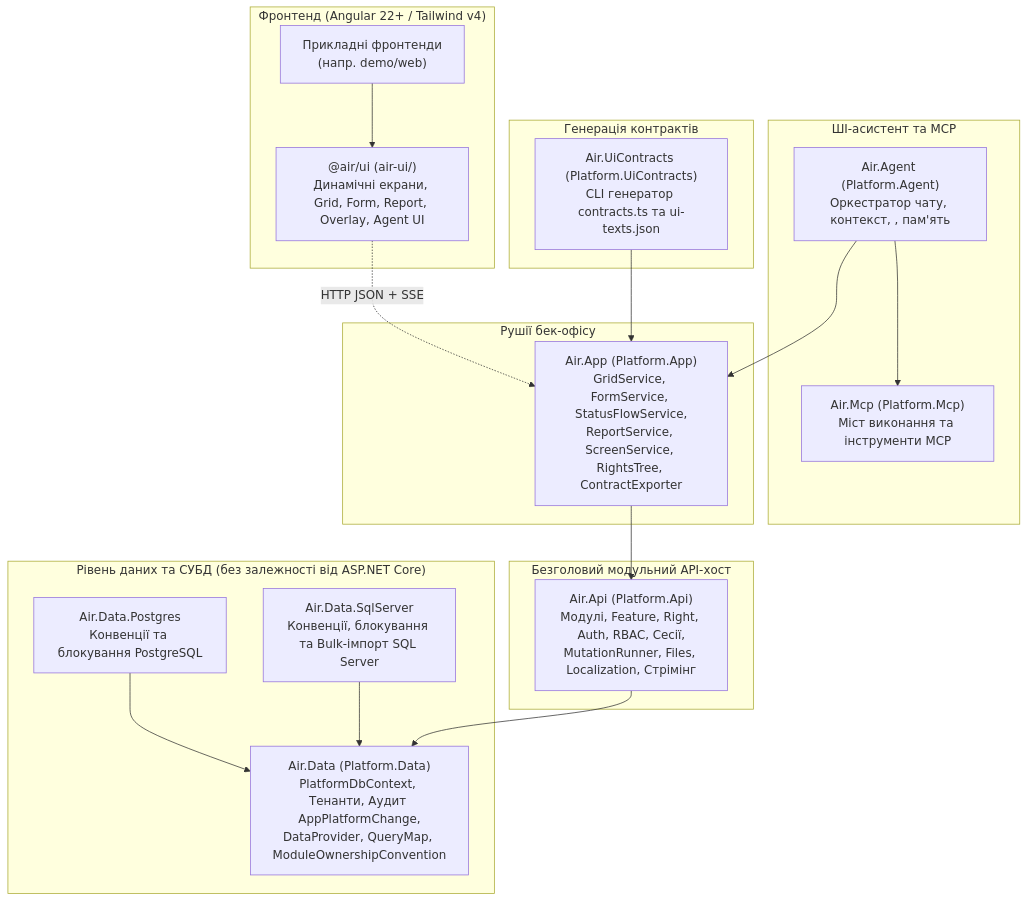
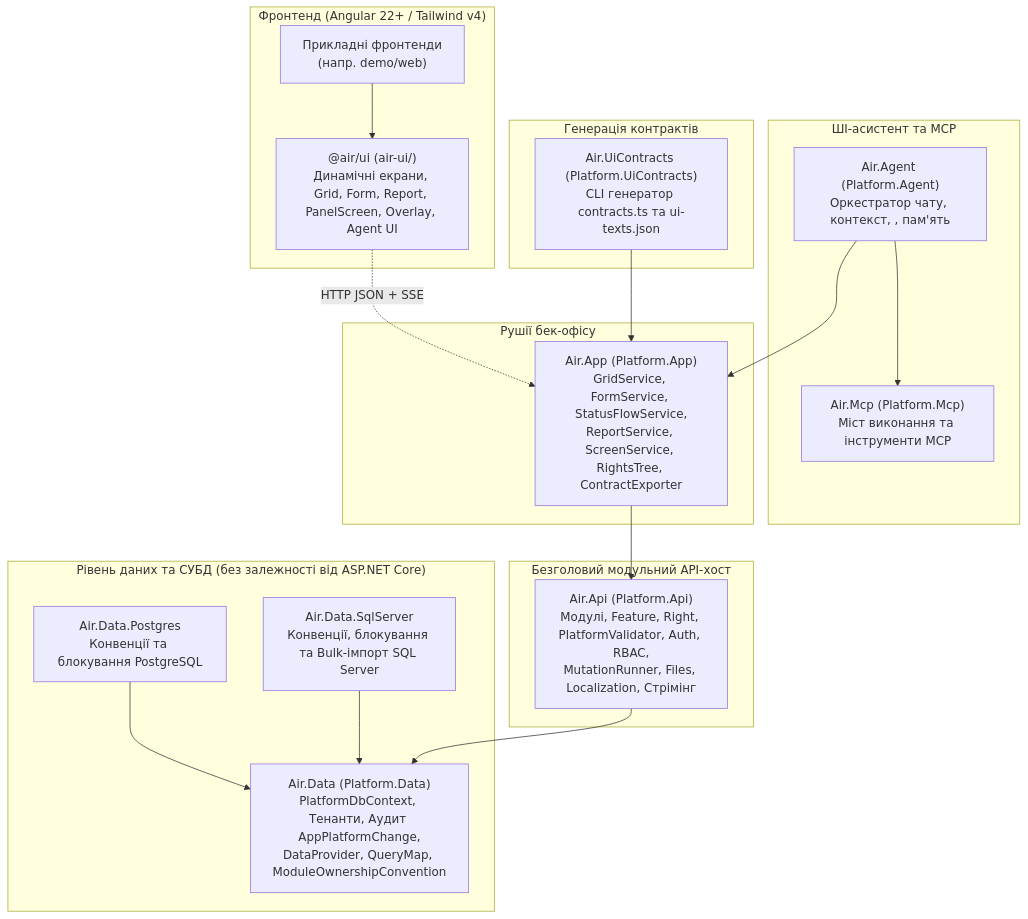
One commit to lixey/air-platform changed the diagram in docs/README.md. Above: the diagram before and after it, drawn with Mermaid. The commit also changed other lines of this file and 70 other files, not shown here.

First line of the commit message:
add: declarative grid/form/screen primitives, golden demo, and docs

````diff
--- a/docs/README.md
+++ b/docs/README.md
@@ -33,40 +33,40 @@
 ```mermaid
 flowchart TD
   subgraph Frontend["Фронтенд (Angular 22+ / Tailwind v4)"]
-    AirUi["@air/ui (air-ui/)<br/>Динамічні екрани, Grid, Form, Report, Overlay, Agent UI"]
+    AirUi["@air/ui (air-ui/)<br/>Динамічні екрани, Grid, Form, Report, PanelScreen, Overlay, Agent UI"]
     AppWeb["Прикладні фронтенди<br/>(напр. demo/web)"]
     AppWeb --> AirUi
   end
 
   subgraph Tooling["Генерація контрактів"]
     UiContracts["Air.UiContracts (Platform.UiContracts)<br/>CLI генератор contracts.ts та ui-texts.json"]
   end
 
   subgraph AI["ШІ-асистент та MCP"]
     AirAgent["Air.Agent (Platform.Agent)<br/>Оркестратор чату, контекст, <air_proposal>, пам'ять"]
     AirMcp["Air.Mcp (Platform.Mcp)<br/>Міст виконання та інструменти MCP"]
     AirAgent --> AirMcp
   end
 
   subgraph Backoffice["Рушії бек-офісу"]
     AirApp["Air.App (Platform.App)<br/>GridService, FormService, StatusFlowService,<br/>ReportService, ScreenService, RightsTree, ContractExporter"]
   end
 
   subgraph ApiCore["Безголовий модульний API-хост"]
-    AirApi["Air.Api (Platform.Api)<br/>Модулі, Feature, Right, Auth, RBAC, Сесії,<br/>MutationRunner, Files, Localization, Стрімінг"]
+    AirApi["Air.Api (Platform.Api)<br/>Модулі, Feature, Right, PlatformValidator, Auth, RBAC,<br/>MutationRunner, Files, Localization, Стрімінг"]
   end
 
   subgraph DataLayer["Рівень даних та СУБД (без залежності від ASP.NET Core)"]
     AirData["Air.Data (Platform.Data)<br/>PlatformDbContext, Тенанти, Аудит AppPlatformChange,<br/>DataProvider, QueryMap, ModuleOwnershipConvention"]
     AirPg["Air.Data.Postgres<br/>Конвенції та блокування PostgreSQL"]
     AirSql["Air.Data.SqlServer<br/>Конвенції, блокування та Bulk-імпорт SQL Server"]
     AirPg --> AirData
     AirSql --> AirData
   end
 
   AirUi -.->|"HTTP JSON + SSE"| AirApp
   UiContracts --> AirApp
   AirAgent --> AirApp
   AirApp --> AirApi
   AirApi --> AirData
 ```
````
